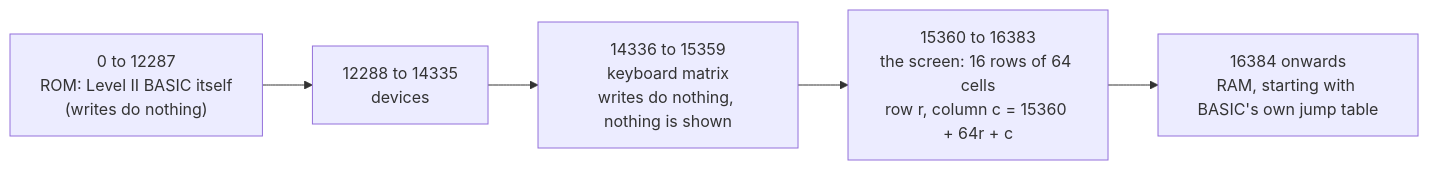
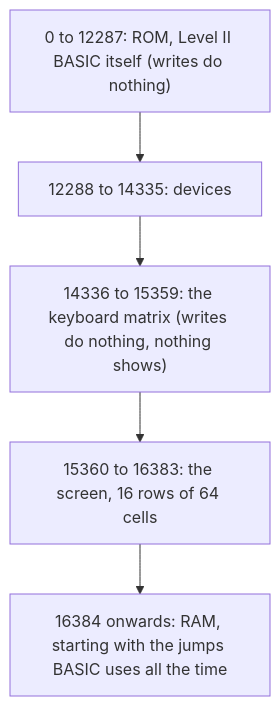
The first of 2 diagrams in docs/escape/ORIGINAL-ARCHITECTURE.md (agunawijaya/any-key), drawn with Mermaid before and after one commit. The commit also changed other lines of this file and 316 other files, not shown here.

````diff
--- a/docs/escape/ORIGINAL-ARCHITECTURE.md
+++ b/docs/escape/ORIGINAL-ARCHITECTURE.md
@@ -20,9 +23,9 @@
 ```mermaid
-flowchart LR
-    ROM["0 to 12287<br/>ROM: Level II BASIC itself<br/>(writes do nothing)"]
-    IO["12288 to 14335<br/>devices"]
-    KEYS["14336 to 15359<br/>keyboard matrix<br/>writes do nothing, nothing is shown"]
-    VIDEO["15360 to 16383<br/>the screen: 16 rows of 64 cells<br/>row r, column c = 15360 + 64r + c"]
-    RAM["16384 onwards<br/>RAM, starting with BASIC's own jump table"]
+flowchart TD
+    ROM["0 to 12287: ROM, Level II BASIC itself (writes do nothing)"]
+    IO["12288 to 14335: devices"]
+    KEYS["14336 to 15359: the keyboard matrix (writes do nothing, nothing shows)"]
+    VIDEO["15360 to 16383: the screen, 16 rows of 64 cells"]
+    RAM["16384 onwards: RAM, starting with the jumps BASIC uses all the time"]
     ROM --> IO --> KEYS --> VIDEO --> RAM
 ```
````
